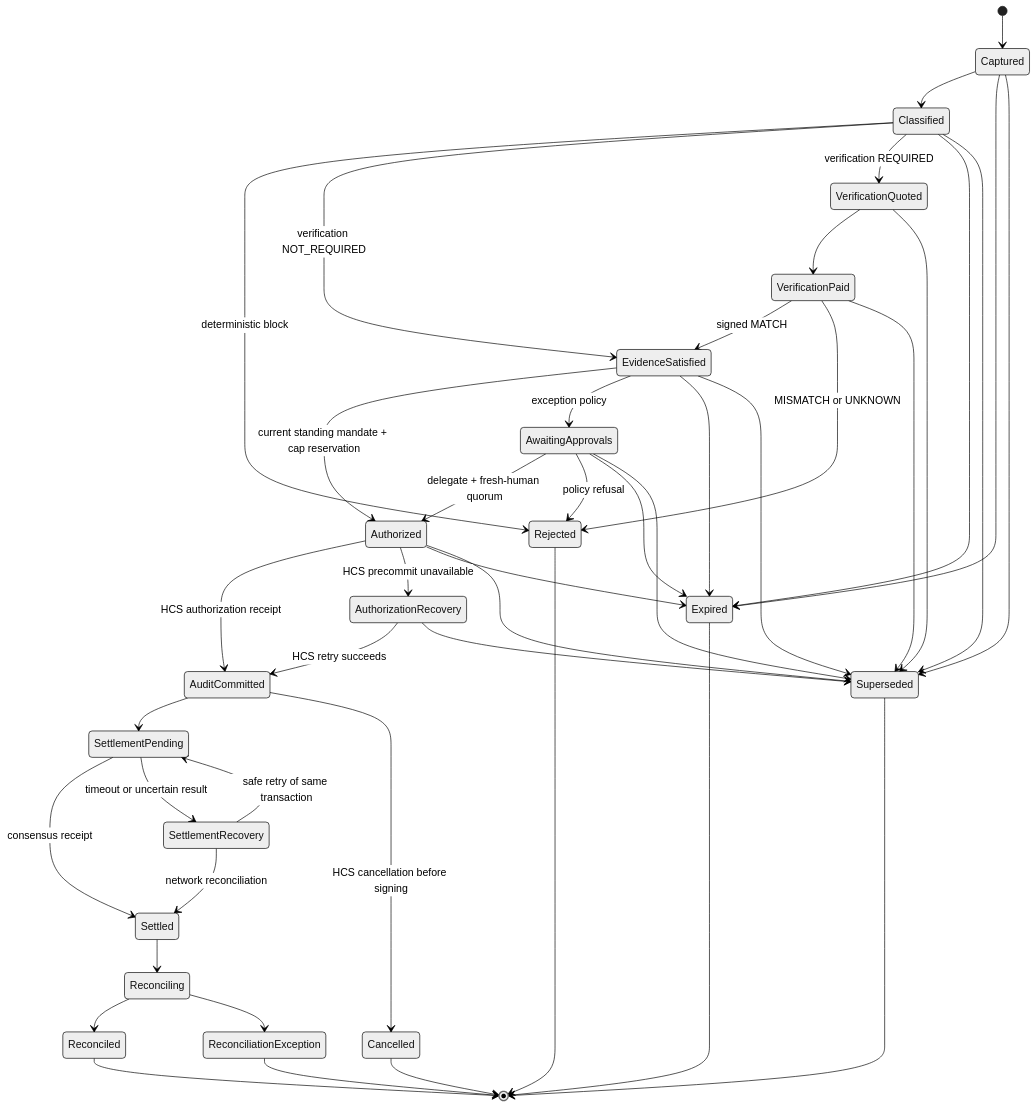
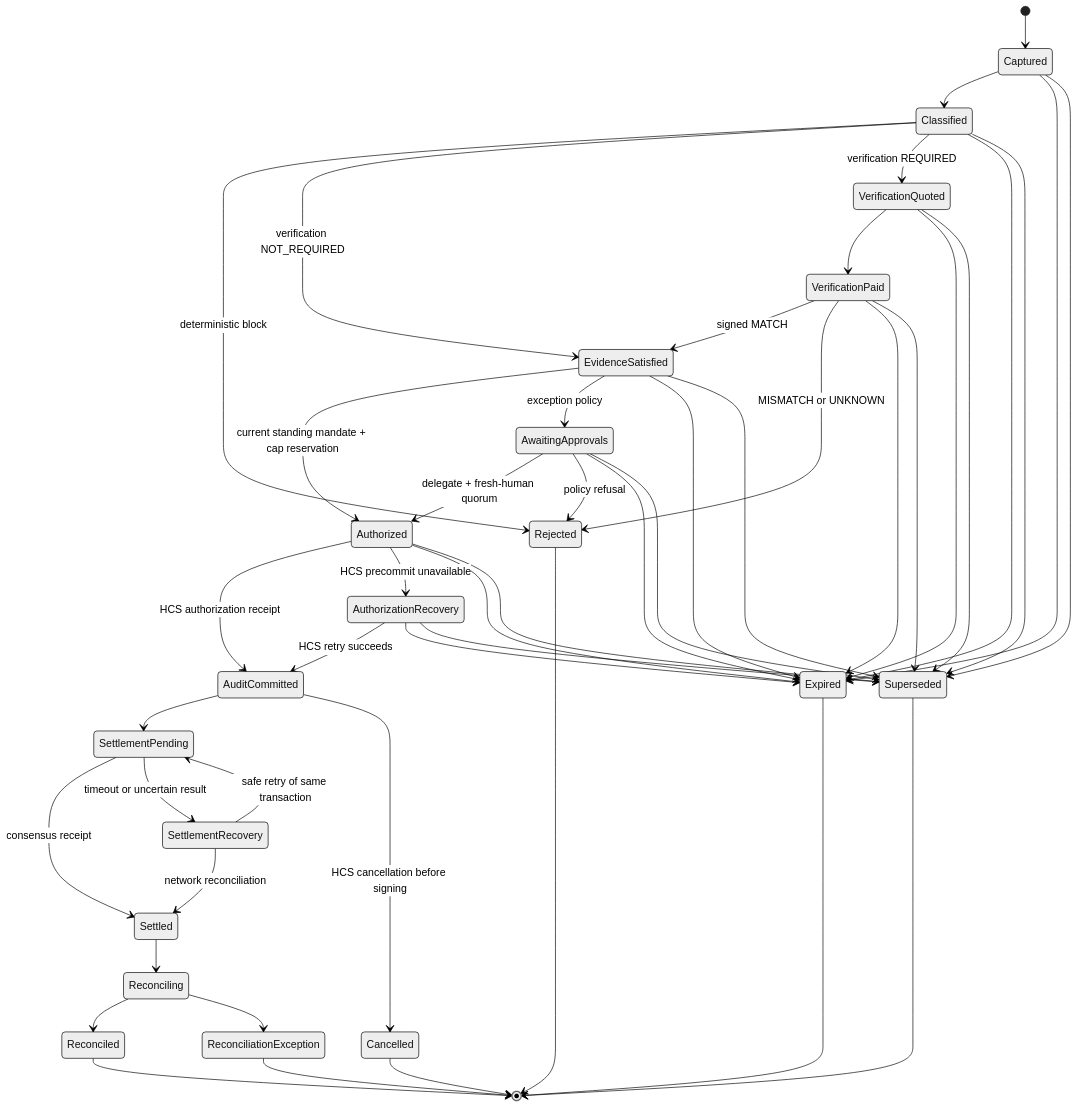
The fourth of 4 diagrams in docs/architecture/SYSTEM-ARCHITECTURE.md (Lyons800/remit), drawn with Mermaid (neutral theme) before and after one commit. The commit also changed 15 other files, not shown here.

````diff
--- a/docs/architecture/SYSTEM-ARCHITECTURE.md
+++ b/docs/architecture/SYSTEM-ARCHITECTURE.md
@@ -456,46 +456,49 @@
 ```mermaid
 stateDiagram-v2
   [*] --> Captured
   Captured --> Classified
   Classified --> Rejected: deterministic block
   Classified --> EvidenceSatisfied: verification NOT_REQUIRED
   Classified --> VerificationQuoted: verification REQUIRED
   VerificationQuoted --> VerificationPaid
   VerificationPaid --> EvidenceSatisfied: signed MATCH
   VerificationPaid --> Rejected: MISMATCH or UNKNOWN
   EvidenceSatisfied --> Authorized: current standing mandate + cap reservation
   EvidenceSatisfied --> AwaitingApprovals: exception policy
   AwaitingApprovals --> Authorized: delegate + fresh-human quorum
   AwaitingApprovals --> Rejected: policy refusal
   Authorized --> AuditCommitted: HCS authorization receipt
   Authorized --> AuthorizationRecovery: HCS precommit unavailable
   AuthorizationRecovery --> AuditCommitted: HCS retry succeeds
   AuditCommitted --> SettlementPending
   SettlementPending --> Settled: consensus receipt
   SettlementPending --> SettlementRecovery: timeout or uncertain result
   SettlementRecovery --> Settled: network reconciliation
   SettlementRecovery --> SettlementPending: safe retry of same transaction
   Settled --> Reconciling
   Reconciling --> Reconciled
   Reconciling --> ReconciliationException
   Captured --> Expired
   Classified --> Expired
+  VerificationQuoted --> Expired
+  VerificationPaid --> Expired
   AwaitingApprovals --> Expired
   Authorized --> Expired
+  AuthorizationRecovery --> Expired
   EvidenceSatisfied --> Expired
   Captured --> Superseded
   Classified --> Superseded
   VerificationQuoted --> Superseded
   VerificationPaid --> Superseded
   EvidenceSatisfied --> Superseded
   AwaitingApprovals --> Superseded
   Authorized --> Superseded
   AuthorizationRecovery --> Superseded
   AuditCommitted --> Cancelled: HCS cancellation before signing
   Reconciled --> [*]
   ReconciliationException --> [*]
   Rejected --> [*]
   Expired --> [*]
   Superseded --> [*]
   Cancelled --> [*]
 ```
````
